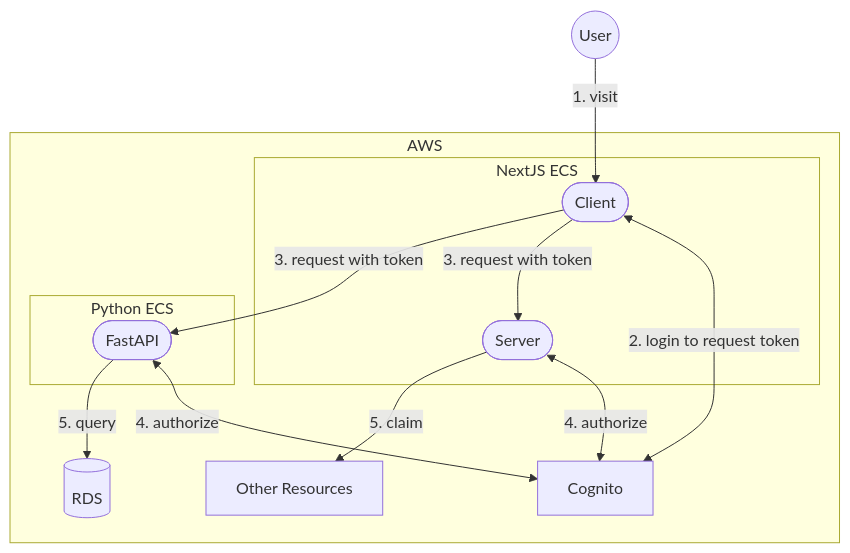
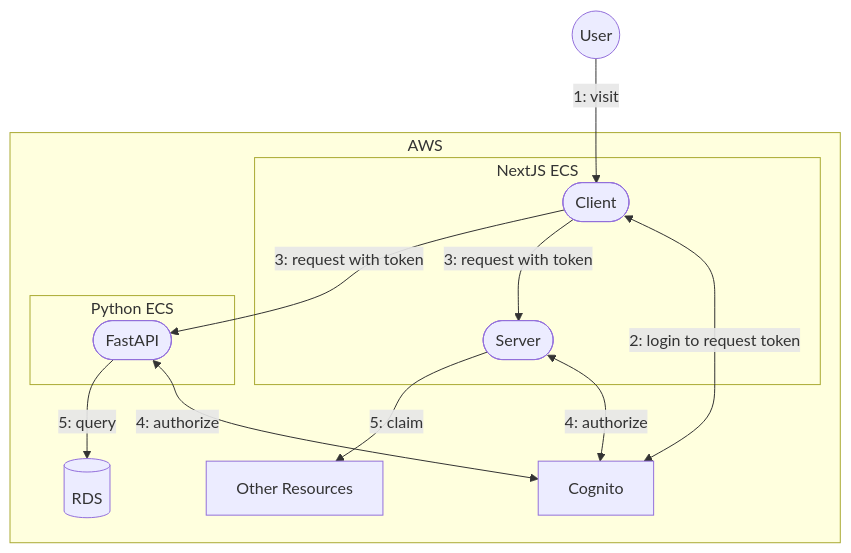
Before and after one commit to zcemycl/hc-frontend: the second of 2 diagrams in README.md, drawn with Mermaid. The commit also changed other lines of this file, not shown here.

Commit message:
update readme to resolve unsupported markdown bug

````diff
--- a/README.md
+++ b/README.md
@@ -26,23 +26,23 @@
   ```mermaid
   flowchart TB;
   subgraph AWS
      A[Cognito];
      B[(RDS)];
      G[Other Resources];
      subgraph NextJS ECS
         C([Client])
         D([Server])
      end
      subgraph Python ECS
         E([FastAPI])
      end
   end;
   F((User));
 
-  F -->|1. visit| C;
-  C <-->|2. login to request token| A;
-  C -->|3. request with token| D & E;
-  D & E <-->|4. authorize| A;
-  D -->|5. claim| G;
-  E -->|5. query| B;
+  F -->|1: visit| C;
+  C <-->|2: login to request token| A;
+  C -->|3: request with token| D & E;
+  D & E <-->|4: authorize| A;
+  D -->|5: claim| G;
+  E -->|5: query| B;
   ```
````
